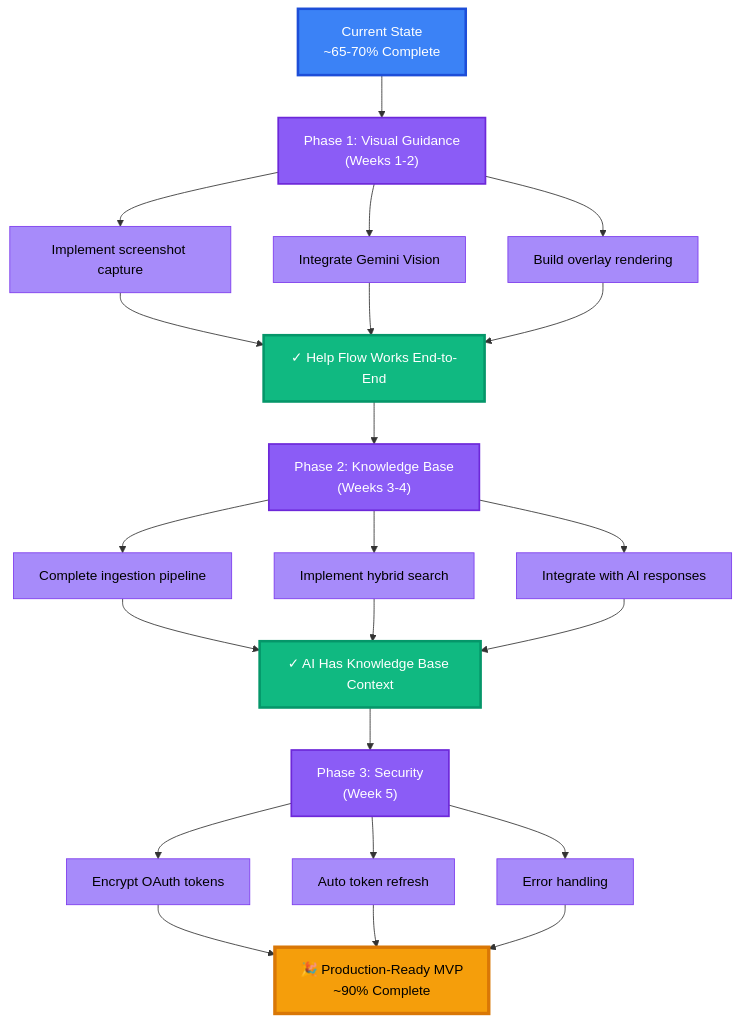
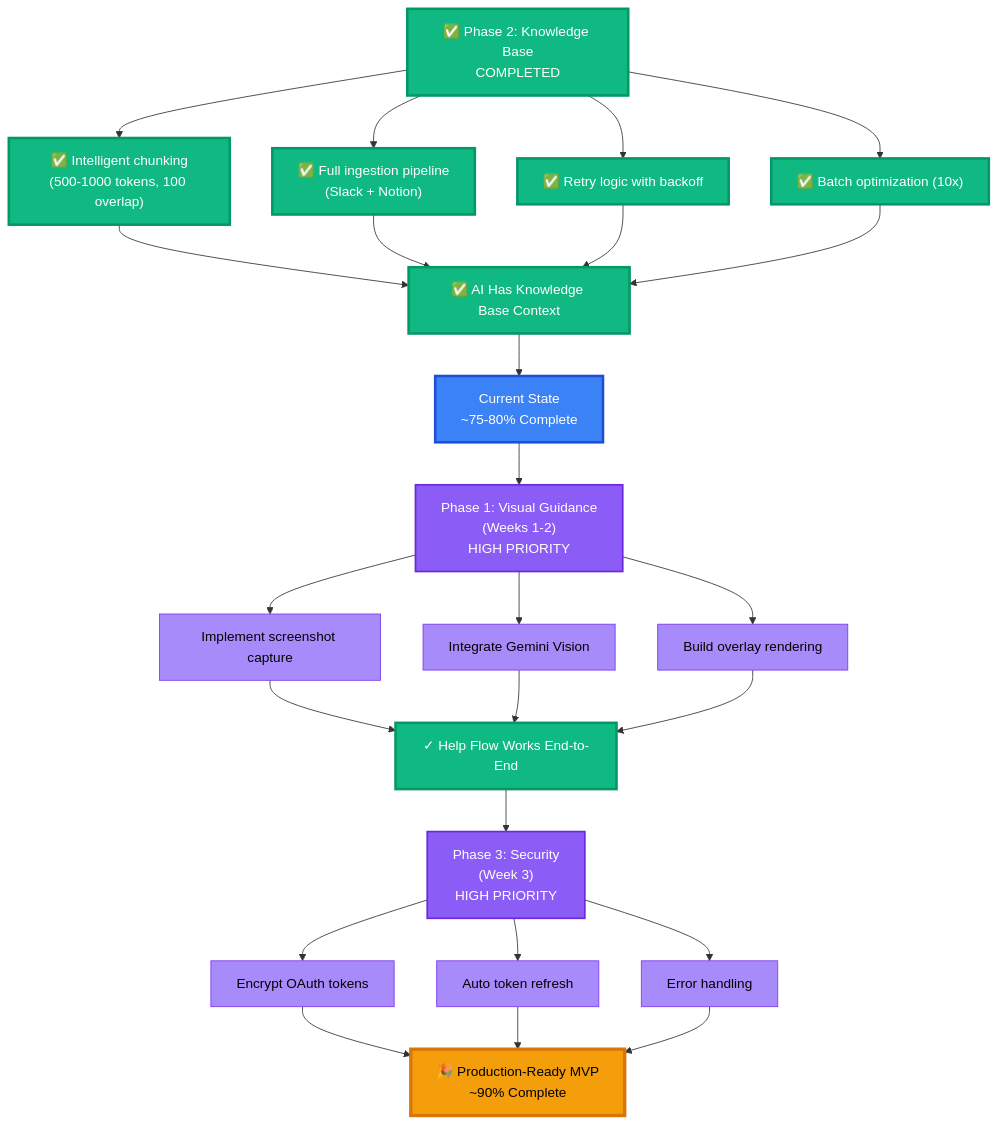
One commit to Febchuk/mitable changed the ninth of 9 diagrams in docs/current_architecture_visual.md. Above: the diagram before and after it, drawn with Mermaid. The commit also changed other lines of this file and 9 other files, not shown here.

First line of the commit message:
Added intelligent chunking and retry logic for rate limits to ingestion.service.ts

````diff
--- a/docs/current_architecture_visual.md
+++ b/docs/current_architecture_visual.md
@@ -617,49 +632,54 @@
 ```mermaid
 graph TD
-    Start["Current State<br/>~65-70% Complete"] --> Phase1
+    Start["Current State<br/>~75-80% Complete"] --> Phase1
 
-    Phase1["Phase 1: Visual Guidance<br/>(Weeks 1-2)"]
+    Phase1["Phase 1: Visual Guidance<br/>(Weeks 1-2)<br/>HIGH PRIORITY"]
     Phase1 --> P1T1["Implement screenshot capture"]
     Phase1 --> P1T2["Integrate Gemini Vision"]
     Phase1 --> P1T3["Build overlay rendering"]
 
     P1T1 --> Milestone1
     P1T2 --> Milestone1
     P1T3 --> Milestone1
 
-    Milestone1["✓ Help Flow Works End-to-End"] --> Phase2
+    Milestone1["✓ Help Flow Works End-to-End"] --> Phase3
 
-    Phase2["Phase 2: Knowledge Base<br/>(Weeks 3-4)"]
-    Phase2 --> P2T1["Complete ingestion pipeline"]
-    Phase2 --> P2T2["Implement hybrid search"]
-    Phase2 --> P2T3["Integrate with AI responses"]
+    Phase2["✅ Phase 2: Knowledge Base<br/>COMPLETED"]
+    Phase2 --> P2T1["✅ Intelligent chunking<br/>(500-1000 tokens, 100 overlap)"]
+    Phase2 --> P2T2["✅ Full ingestion pipeline<br/>(Slack + Notion)"]
+    Phase2 --> P2T3["✅ Retry logic with backoff"]
+    Phase2 --> P2T4["✅ Batch optimization (10x)"]
 
     P2T1 --> Milestone2
     P2T2 --> Milestone2
     P2T3 --> Milestone2
+    P2T4 --> Milestone2
 
-    Milestone2["✓ AI Has Knowledge Base Context"] --> Phase3
+    Milestone2["✅ AI Has Knowledge Base Context"] --> Start
 
-    Phase3["Phase 3: Security<br/>(Week 5)"]
+    Phase3["Phase 3: Security<br/>(Week 3)<br/>HIGH PRIORITY"]
     Phase3 --> P3T1["Encrypt OAuth tokens"]
     Phase3 --> P3T2["Auto token refresh"]
     Phase3 --> P3T3["Error handling"]
 
     P3T1 --> MVP
     P3T2 --> MVP
     P3T3 --> MVP
 
     MVP["🎉 Production-Ready MVP<br/>~90% Complete"]
 
     classDef current fill:#3b82f6,stroke:#1d4ed8,stroke-width:3px,color:#fff
     classDef phase fill:#8b5cf6,stroke:#6d28d9,stroke-width:2px,color:#fff
+    classDef completed fill:#10b981,stroke:#059669,stroke-width:3px,color:#fff
     classDef task fill:#a78bfa,stroke:#7c3aed,stroke-width:1px,color:#000
     classDef milestone fill:#10b981,stroke:#059669,stroke-width:3px,color:#fff
     classDef mvp fill:#f59e0b,stroke:#d97706,stroke-width:4px,color:#000
 
     class Start current
-    class Phase1,Phase2,Phase3 phase
-    class P1T1,P1T2,P1T3,P2T1,P2T2,P2T3,P3T1,P3T2,P3T3 task
+    class Phase1,Phase3 phase
+    class Phase2 completed
+    class P1T1,P1T2,P1T3,P3T1,P3T2,P3T3 task
+    class P2T1,P2T2,P2T3,P2T4 completed
     class Milestone1,Milestone2 milestone
     class MVP mvp
 ```
````
